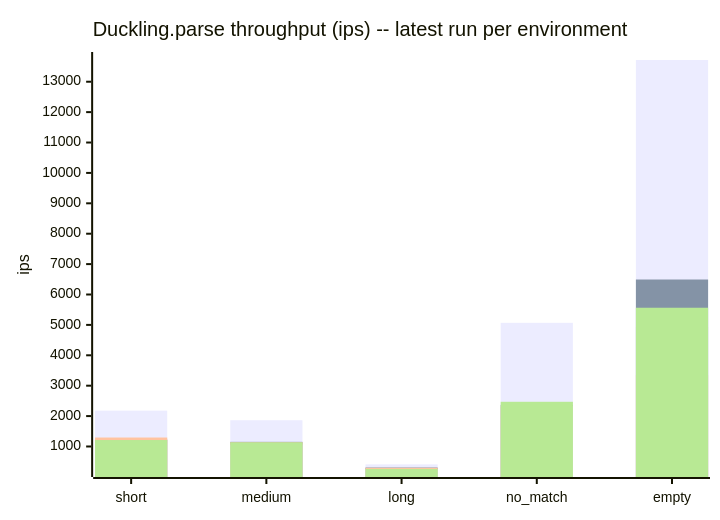
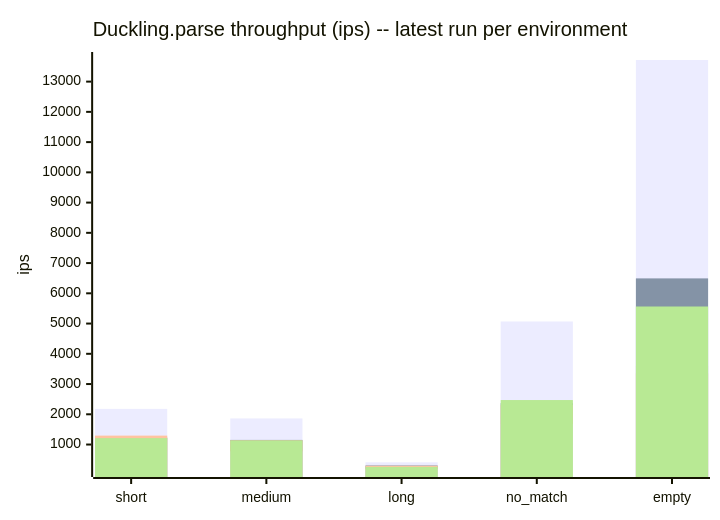
The sixth of 7 diagrams in docs/benchmarks/README.md (cpb/duckling), drawn with Mermaid before and after one commit. The commit also changed other lines of this file and 1 other file, not shown here.

First line of the commit message:
bench: re-record local-3.4 data point for 0.3.0-rc2

````diff
--- a/docs/benchmarks/README.md
+++ b/docs/benchmarks/README.md
@@ -211,11 +211,11 @@
 ```mermaid
 xychart-beta
     title "Duckling.parse throughput (ips) -- latest run per environment"
     x-axis [short, medium, long, no_match, empty]
     y-axis "ips"
     bar "github-actions" [2179.5, 1863.2, 412.0, 5068.6, 13714.8]
     bar "claude-code-web" [1228.1, 1152.8, 308.1, 2368.1, 6493.4]
     bar "local-3.3" [1294.7, 1136.9, 298.4, 2307.3, 3347.9]
-    bar "local-3.4" [1122.6, 1061.7, 259.2, 2350.7, 4930.6]
+    bar "local-3.4" [793.1, 773.6, 190.9, 1677.7, 3595.0]
     bar "local-4.0" [1211.9, 1136.8, 261.7, 2470.9, 5564.1]
 ```
````
